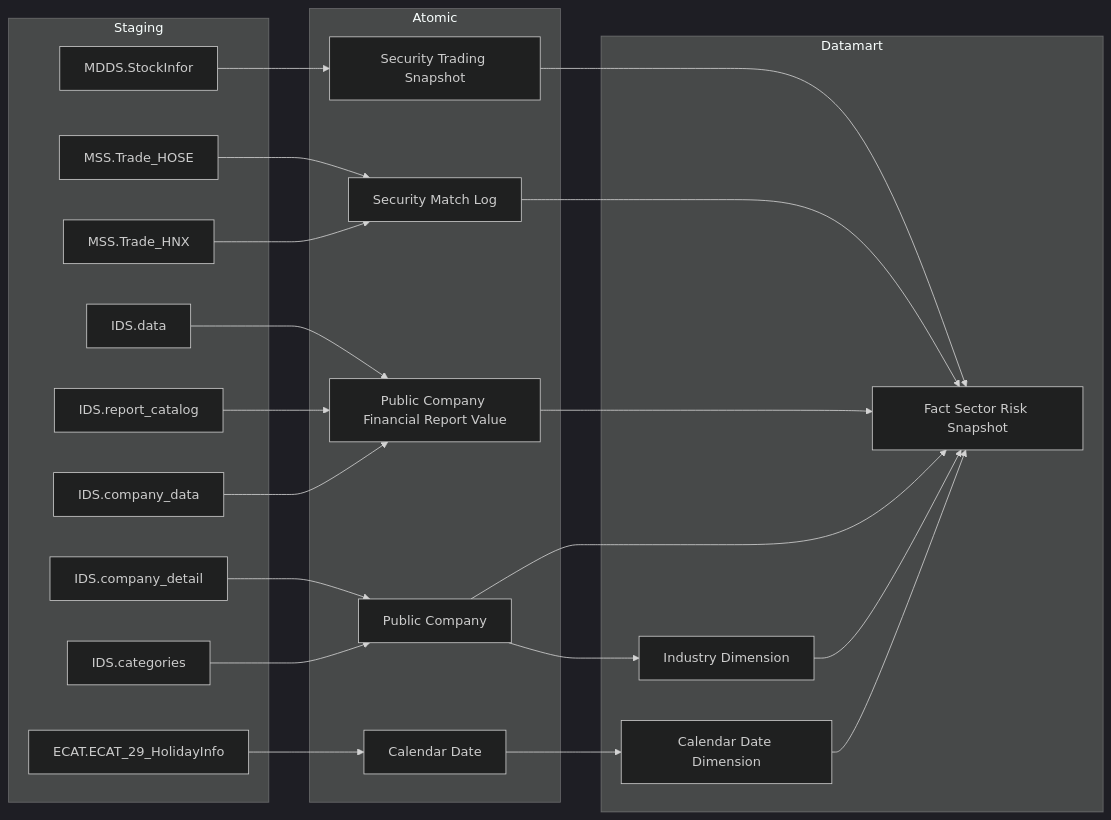
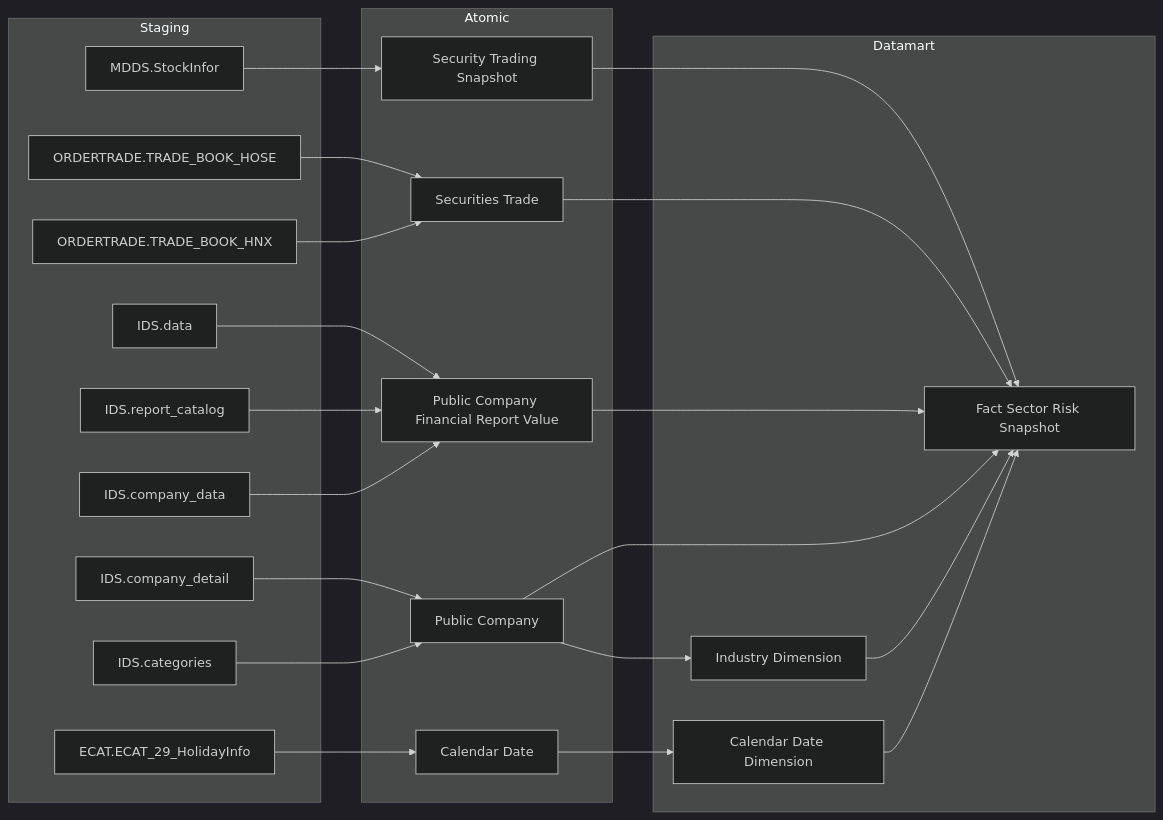
One commit to linhlvit/ubck_atomic_design changed the second of 53 diagrams in Datamart/hld/DTM_PTTT_HLD.md. Above: the diagram before and after it, drawn with Mermaid (dark theme). The commit also changed other lines of this file and 21 other files, not shown here.

````diff
--- a/Datamart/hld/DTM_PTTT_HLD.md
+++ b/Datamart/hld/DTM_PTTT_HLD.md
@@ -84,43 +84,43 @@
 ```mermaid
 flowchart LR
     subgraph SRC["Staging"]
         MDDS_StockInfor2["MDDS.StockInfor"]
-        MSS_Trade_HOSE2["MSS.Trade_HOSE"]
-        MSS_Trade_HNX2["MSS.Trade_HNX"]
+        ORDERTRADE_TRADE_BOOK_HOSE2["ORDERTRADE.TRADE_BOOK_HOSE"]
+        ORDERTRADE_TRADE_BOOK_HNX2["ORDERTRADE.TRADE_BOOK_HNX"]
         IDS_data["IDS.data"]
         IDS_report_catalog["IDS.report_catalog"]
         IDS_company_data["IDS.company_data"]
         IDS_company_detail["IDS.company_detail"]
         IDS_categories["IDS.categories"]
         ECAT_ECAT_29_HolidayInfo3["ECAT.ECAT_29_HolidayInfo"]
     end
     subgraph SIL["Atomic"]
         Security_Trading_Snapshot2["Security Trading Snapshot"]
-        Security_Match_Log2["Security Match Log"]
+        Securities_Trade2["Securities Trade"]
         Public_Company_Financial_Report_Value["Public Company Financial Report Value"]
         Public_Company2["Public Company"]
         Calendar_Date3["Calendar Date"]
     end
     subgraph GOLD["Datamart"]
         fct_sector_risk_snpst["Fact Sector Risk Snapshot"]
         cdr_dt_dim3["Calendar Date Dimension"]
         industry_dim3["Industry Dimension"]
     end
     MDDS_StockInfor2 --> Security_Trading_Snapshot2
-    MSS_Trade_HOSE2 --> Security_Match_Log2
-    MSS_Trade_HNX2 --> Security_Match_Log2
+    ORDERTRADE_TRADE_BOOK_HOSE2 --> Securities_Trade2
+    ORDERTRADE_TRADE_BOOK_HNX2 --> Securities_Trade2
     IDS_data --> Public_Company_Financial_Report_Value
     IDS_report_catalog --> Public_Company_Financial_Report_Value
     IDS_company_data --> Public_Company_Financial_Report_Value
     IDS_company_detail --> Public_Company2
     IDS_categories --> Public_Company2
     ECAT_ECAT_29_HolidayInfo3 --> Calendar_Date3
     Security_Trading_Snapshot2 --> fct_sector_risk_snpst
-    Security_Match_Log2 --> fct_sector_risk_snpst
+    Securities_Trade2 --> fct_sector_risk_snpst
     Public_Company_Financial_Report_Value --> fct_sector_risk_snpst
     Public_Company2 --> fct_sector_risk_snpst
     Public_Company2 --> industry_dim3
     Calendar_Date3 --> cdr_dt_dim3
     cdr_dt_dim3 --> fct_sector_risk_snpst
     industry_dim3 --> fct_sector_risk_snpst
 ```
````
